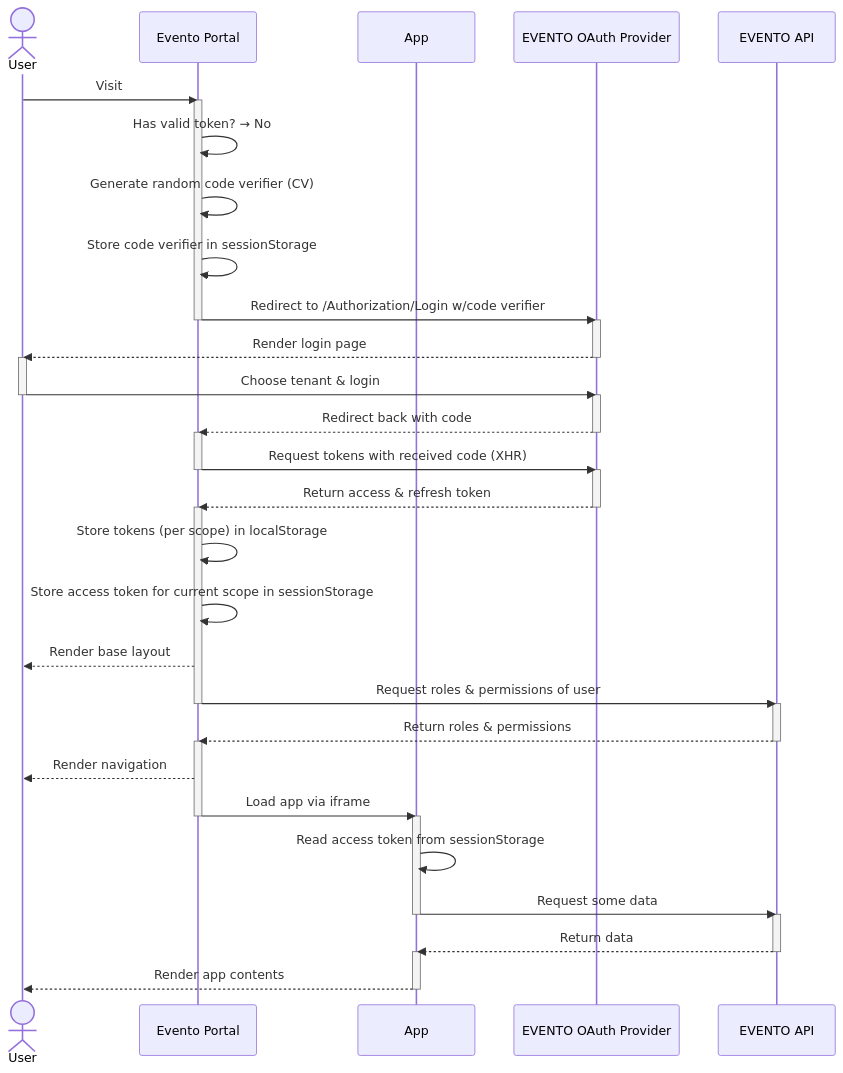
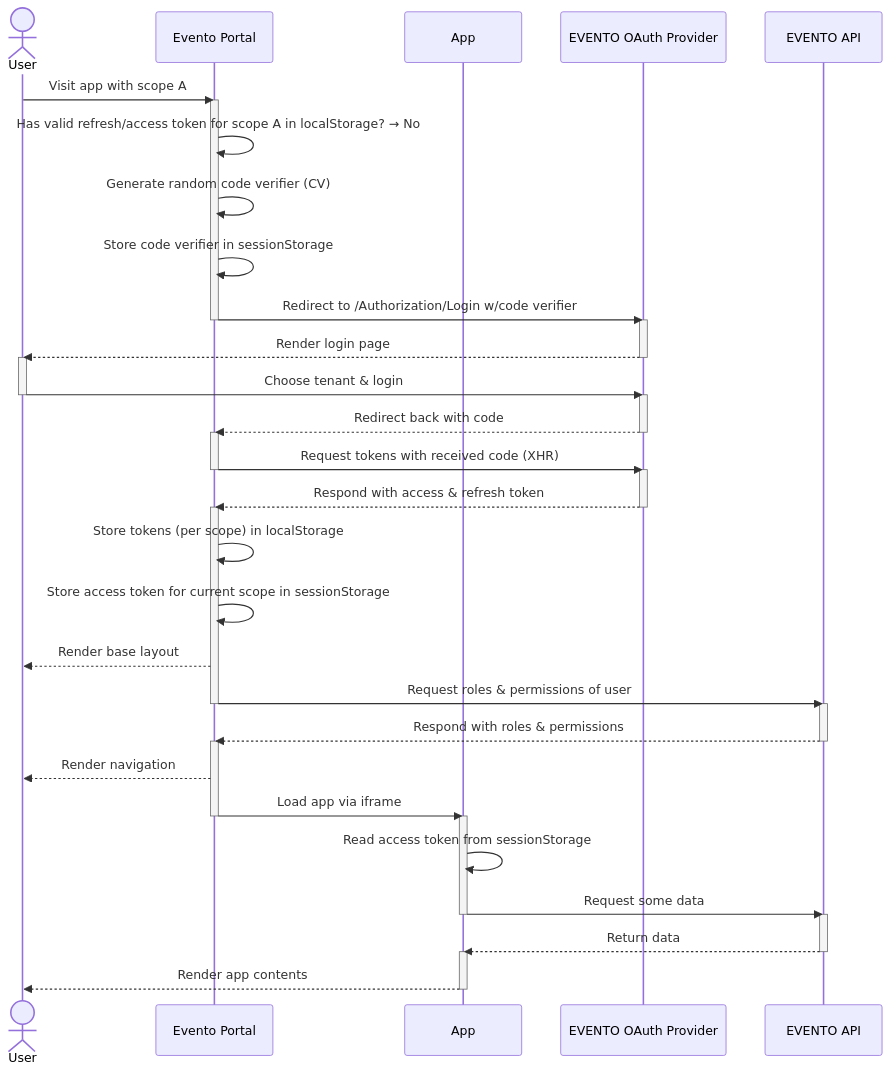
One commit to bkd-mba-fbi/evento-portal changed the second of 6 diagrams in doc/sad.md. Above: the diagram before and after it, drawn with Mermaid. The commit also changed other lines of this file and 20 other files, not shown here.

````diff
--- a/doc/sad.md
+++ b/doc/sad.md
@@ -157,66 +204,66 @@
 ```mermaid
 sequenceDiagram
   actor user as User
   participant portal as Evento Portal
   participant app as App
   participant oauth as EVENTO OAuth Provider
   participant api as EVENTO API
 
-  user ->> portal: Visit
+  user ->> portal: Visit app with scope A
 
   activate portal
-  portal ->> portal: Has valid token? → No
+  portal ->> portal: Has valid refresh/access token for scope A in localStorage? → No
   portal ->> portal: Generate random code verifier (CV)
   portal ->> portal: Store code verifier in sessionStorage
   portal ->> oauth: Redirect to /Authorization/Login w/code verifier
   deactivate portal
 
   activate oauth
   oauth -->> user: Render login page
   deactivate oauth
 
   activate user
   user ->> oauth: Choose tenant & login
   deactivate user
 
   activate oauth
   oauth -->> portal: Redirect back with code
   deactivate oauth
 
   activate portal
   portal ->> oauth: Request tokens with received code (XHR)
   deactivate portal
 
   activate oauth
-  oauth -->> portal: Return access & refresh token
+  oauth -->> portal: Respond with access & refresh token
   deactivate oauth
 
   activate portal
   portal ->> portal: Store tokens (per scope) in localStorage
   portal ->> portal: Store access token for current scope in sessionStorage
   portal -->> user: Render base layout
   portal ->> api: Request roles & permissions of user
   deactivate portal
 
   activate api
-  api -->> portal: Return roles & permissions
+  api -->> portal: Respond with roles & permissions
   deactivate api
 
   activate portal
   portal -->> user: Render navigation
   portal ->> app: Load app via iframe
   deactivate portal
 
   activate app
   app ->> app: Read access token from sessionStorage
   app ->> api: Request some data
   deactivate app
 
   activate api
   api -->> app: Return data
   deactivate api
 
   activate app
   app -->> user: Render app contents
   deactivate app
 ```
````
